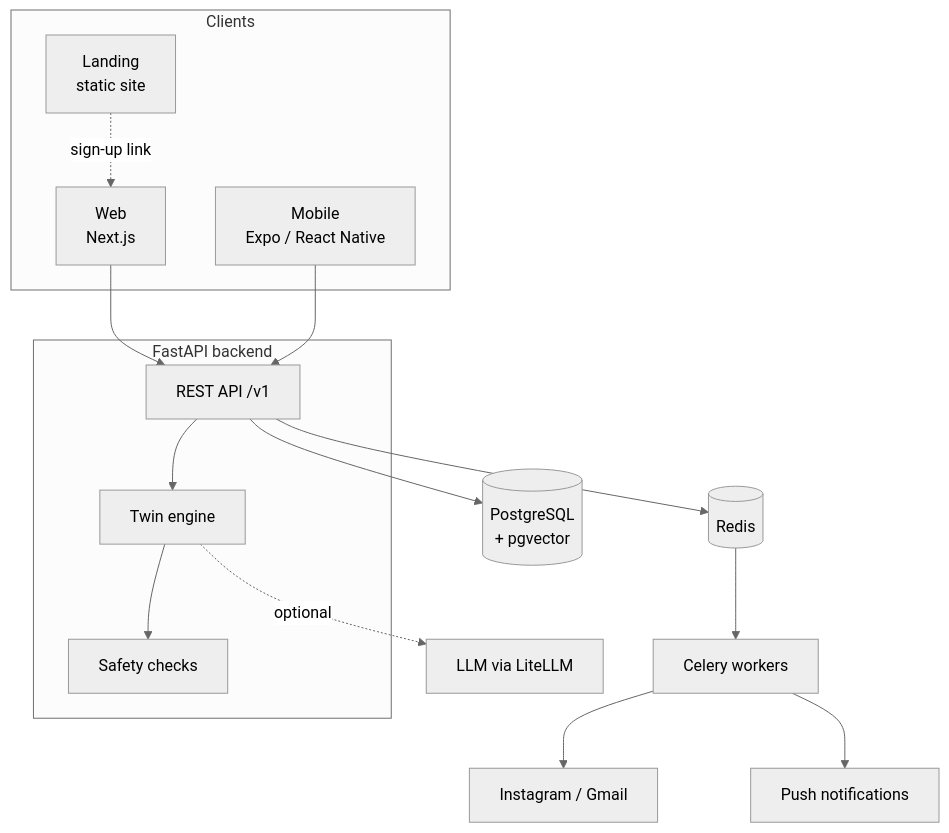
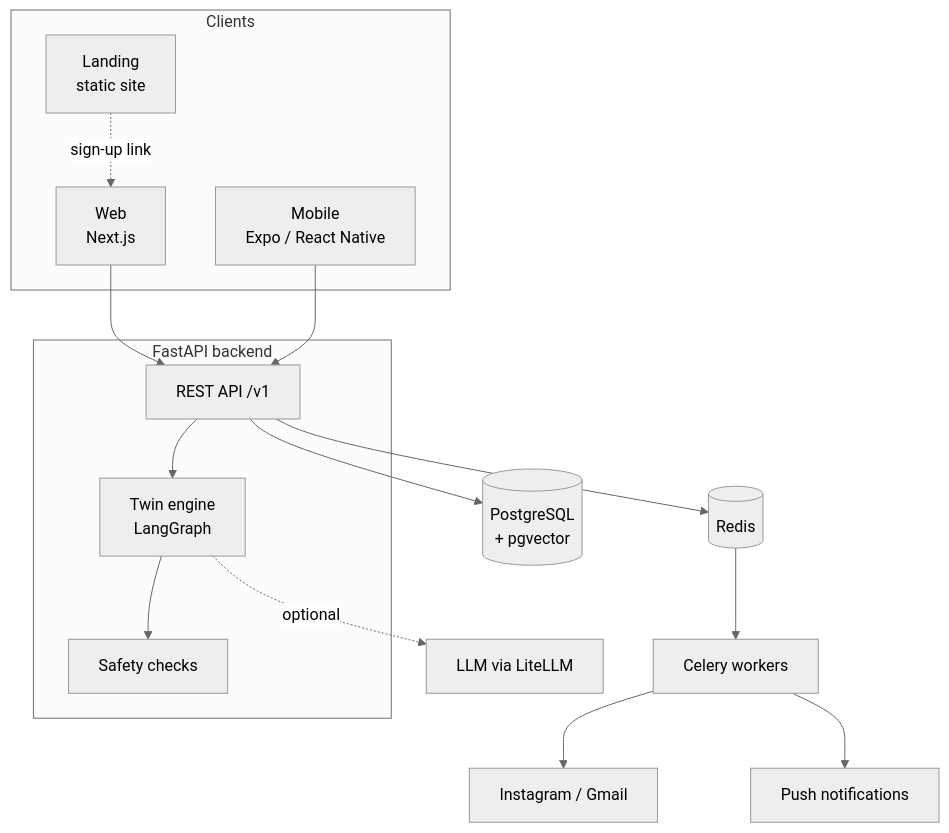
The second of 2 diagrams in README.md (VenkataAnilKumar/SELPH), drawn with Mermaid (neutral theme) before and after one commit. The commit also changed other lines of this file and 15 other files, not shown here.

````diff
--- a/README.md
+++ b/README.md
@@ -182,25 +182,25 @@
 ```mermaid
 flowchart TB
     subgraph Clients
         W["Web<br/>Next.js"]
         M["Mobile<br/>Expo / React Native"]
         L["Landing<br/>static site"]
     end
 
     subgraph Backend["FastAPI backend"]
         API["REST API /v1"]
-        E["Twin engine"]
+        E["Twin engine<br/>LangGraph"]
         S["Safety checks"]
     end
 
     W --> API
     M --> API
     L -. "sign-up link" .-> W
     API --> E --> S
     API --> PG[("PostgreSQL<br/>+ pgvector")]
     API --> R[("Redis")]
     R --> K["Celery workers"]
     K --> CH["Instagram / Gmail"]
     K --> PN["Push notifications"]
     E -. "optional" .-> LLM["LLM via LiteLLM"]
 ```
````
